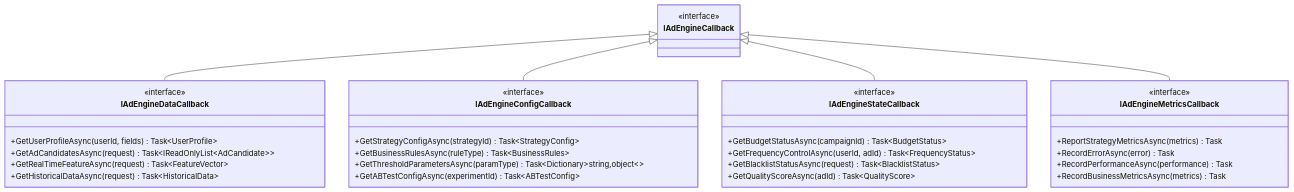
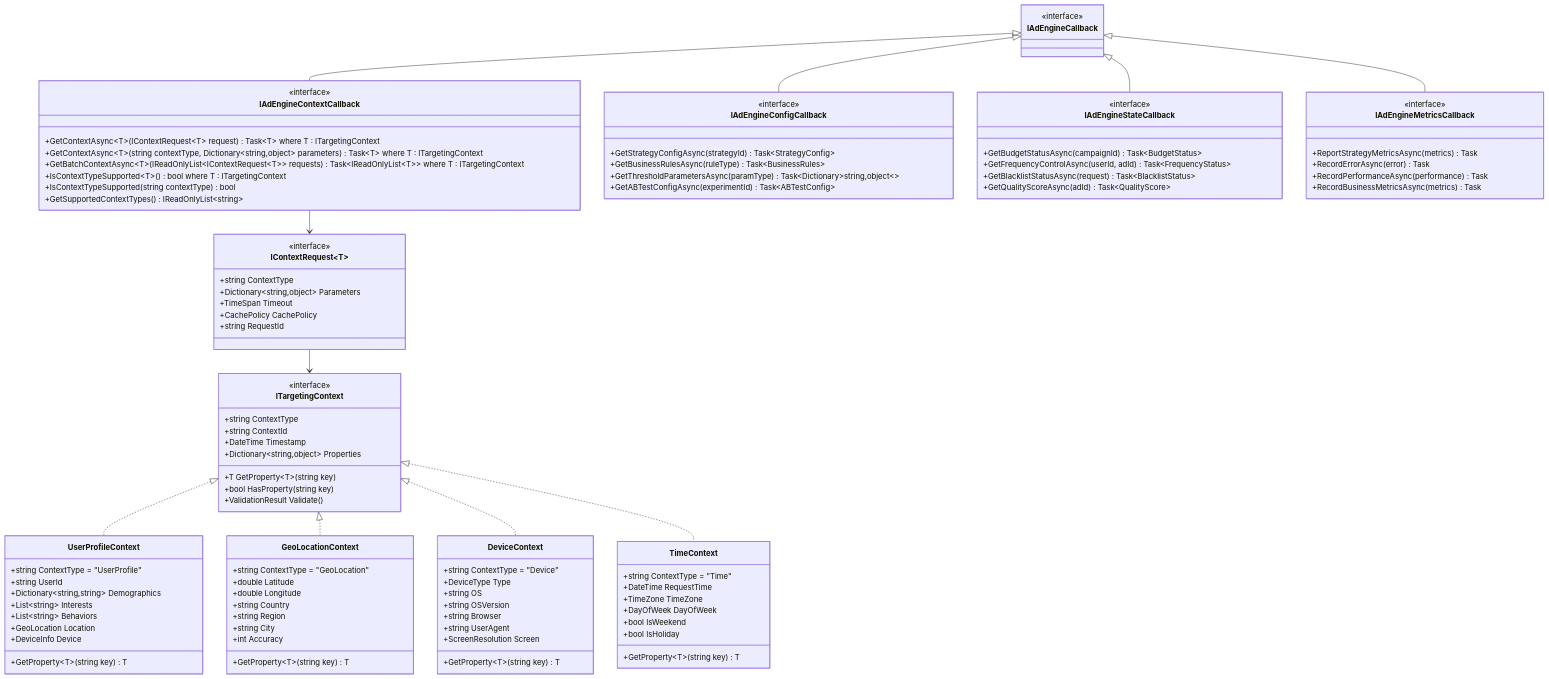
One commit to lornshrimp/Lorn.ADSP changed the third of 16 diagrams in docs_TecDesign/广告投放引擎/广告引擎抽象层设计.md. Above: the diagram before and after it, drawn with Mermaid. The commit also changed other lines of this file and 20 other files, not shown here.

````diff
--- a/docs_TecDesign/广告投放引擎/广告引擎抽象层设计.md
+++ b/docs_TecDesign/广告投放引擎/广告引擎抽象层设计.md
@@ -175,12 +175,77 @@
         <<interface>>
     }
     
-    class IAdEngineDataCallback {
+    class IAdEngineContextCallback {
         <<interface>>
-        +GetUserProfileAsync(userId, fields) Task~UserProfile~
-        +GetAdCandidatesAsync(request) Task~IReadOnlyList~AdCandidate~~
-        +GetRealTimeFeatureAsync(request) Task~FeatureVector~
-        +GetHistoricalDataAsync(request) Task~HistoricalData~
+        +GetContextAsync~T~(IContextRequest~T~ request) Task~T~ where T : ITargetingContext
+        +GetContextAsync~T~(string contextType, Dictionary~string,object~ parameters) Task~T~ where T : ITargetingContext
+        +GetBatchContextAsync~T~(IReadOnlyList~IContextRequest~T~~ requests) Task~IReadOnlyList~T~~ where T : ITargetingContext
+        +IsContextTypeSupported~T~() bool where T : ITargetingContext
+        +IsContextTypeSupported(string contextType) bool
+        +GetSupportedContextTypes() IReadOnlyList~string~
+    }
+    
+    class IContextRequest~T~ {
+        <<interface>>
+        +string ContextType
+        +Dictionary~string,object~ Parameters
+        +TimeSpan Timeout
+        +CachePolicy CachePolicy
+        +string RequestId
+    }
+    
+    class ITargetingContext {
+        <<interface>>
+        +string ContextType
+        +string ContextId
+        +DateTime Timestamp
+        +Dictionary~string,object~ Properties
+        +T GetProperty~T~(string key)
+        +bool HasProperty(string key)
+        +ValidationResult Validate()
+    }
+    
+    class UserProfileContext {
+        +string ContextType = "UserProfile"
+        +string UserId
+        +Dictionary~string,string~ Demographics
+        +List~string~ Interests
+        +List~string~ Behaviors
+        +GeoLocation Location
+        +DeviceInfo Device
+        +GetProperty~T~(string key) T
+    }
+    
+    class GeoLocationContext {
+        +string ContextType = "GeoLocation"
+        +double Latitude
+        +double Longitude
+        +string Country
+        +string Region
+        +string City
+        +int Accuracy
+        +GetProperty~T~(string key) T
+    }
+    
+    class DeviceContext {
+        +string ContextType = "Device"
+        +DeviceType Type
+        +string OS
+        +string OSVersion
+        +string Browser
+        +string UserAgent
+        +ScreenResolution Screen
+        +GetProperty~T~(string key) T
+    }
+    
+    class TimeContext {
+        +string ContextType = "Time"
+        +DateTime RequestTime
+        +TimeZone TimeZone
+        +DayOfWeek DayOfWeek
+        +bool IsWeekend
+        +bool IsHoliday
+        +GetProperty~T~(string key) T
     }
     
     class IAdEngineConfigCallback {
@@ -207,8 +272,16 @@
         +RecordBusinessMetricsAsync(metrics) Task
     }
     
-    IAdEngineCallback <|-- IAdEngineDataCallback
+    IAdEngineCallback <|-- IAdEngineContextCallback
     IAdEngineCallback <|-- IAdEngineConfigCallback
     IAdEngineCallback <|-- IAdEngineStateCallback
     IAdEngineCallback <|-- IAdEngineMetricsCallback
+    
+    ITargetingContext <|.. UserProfileContext
+    ITargetingContext <|.. GeoLocationContext
+    ITargetingContext <|.. DeviceContext
+    ITargetingContext <|.. TimeContext
+    
+    IAdEngineContextCallback --> IContextRequest
+    IContextRequest --> ITargetingContext
 ```
````
